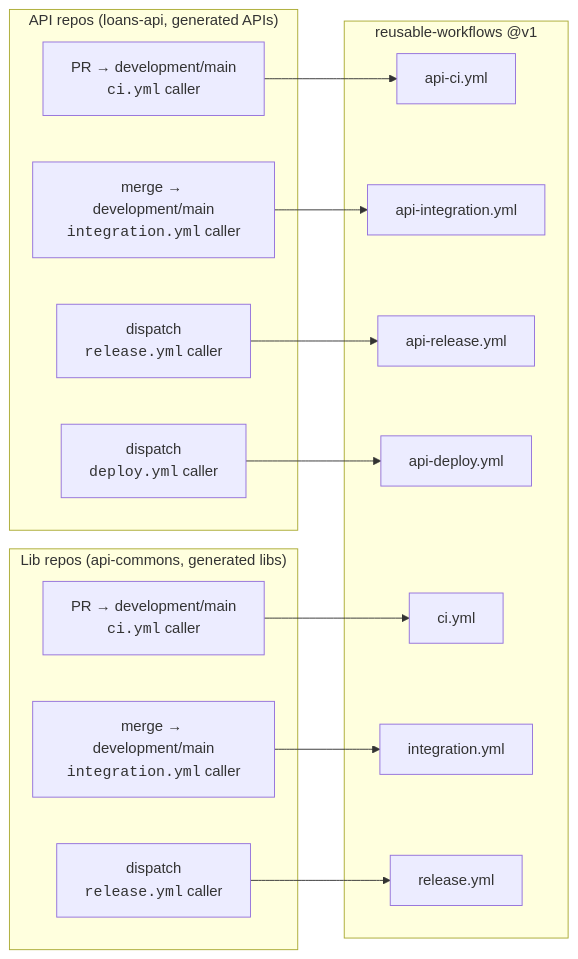
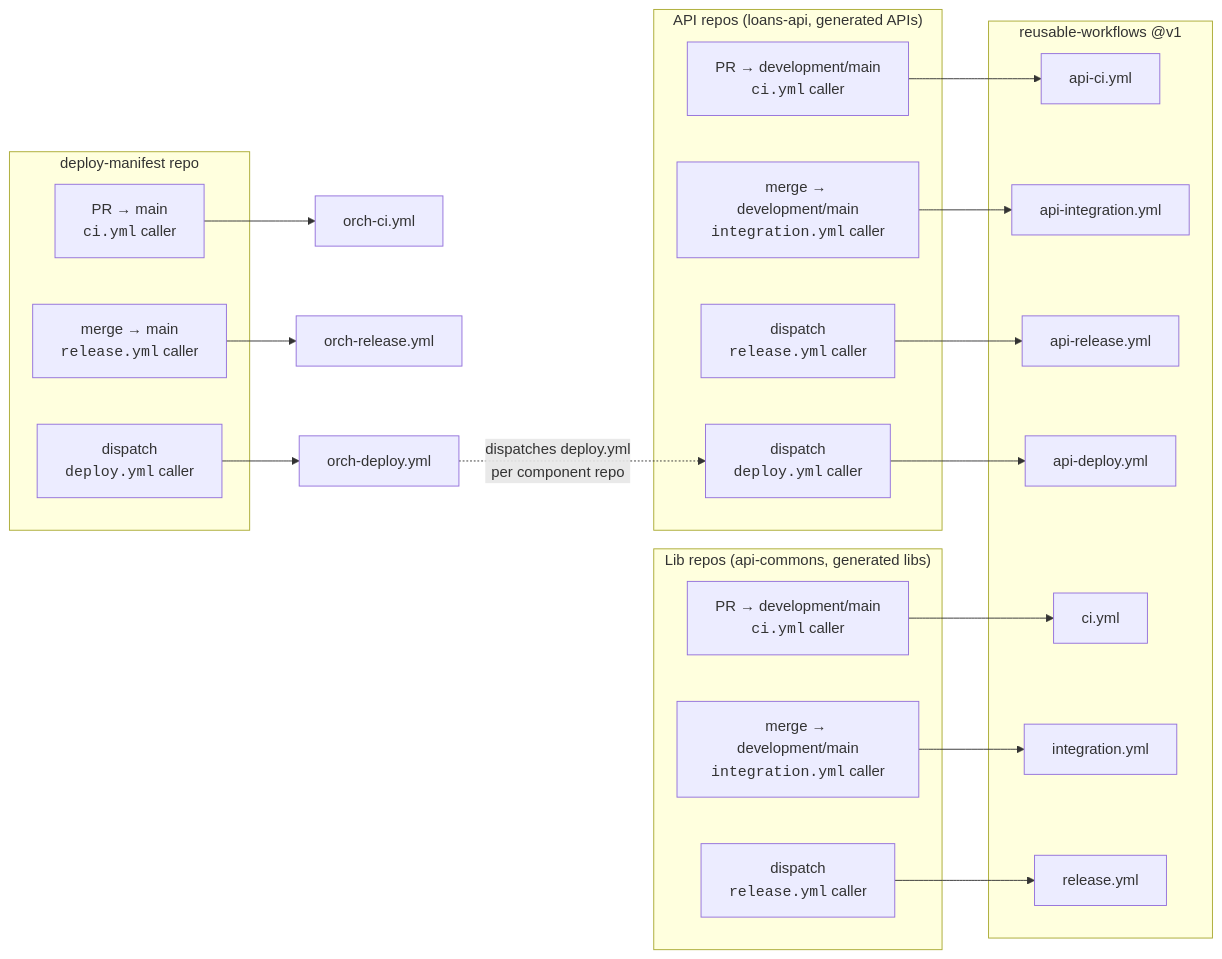
Before and after one commit to progmise/reusable-workflows: the first of 11 diagrams in docs/flows.md, drawn with Mermaid. The commit also changed other lines of this file and 2 other files, not shown here.

Commit message:
docs: orchestrator implemented — flows.md section, AGENTS inventory, status

````diff
--- a/docs/flows.md
+++ b/docs/flows.md
@@ -8,30 +8,42 @@
 ```mermaid
 flowchart LR
     subgraph API["API repos (loans-api, generated APIs)"]
         A_PR["PR → development/main<br/><code>ci.yml</code> caller"]
         A_PUSH["merge → development/main<br/><code>integration.yml</code> caller"]
         A_REL["dispatch<br/><code>release.yml</code> caller"]
         A_DEP["dispatch<br/><code>deploy.yml</code> caller"]
     end
     subgraph LIB["Lib repos (api-commons, generated libs)"]
         L_PR["PR → development/main<br/><code>ci.yml</code> caller"]
         L_PUSH["merge → development/main<br/><code>integration.yml</code> caller"]
         L_REL["dispatch<br/><code>release.yml</code> caller"]
     end
     subgraph RW["reusable-workflows @v1"]
         RW_ACI[api-ci.yml]
         RW_AIN[api-integration.yml]
         RW_ARE[api-release.yml]
         RW_ADE[api-deploy.yml]
         RW_CI[ci.yml]
         RW_IN[integration.yml]
         RW_RE[release.yml]
     end
     A_PR --> RW_ACI
     A_PUSH --> RW_AIN
     A_REL --> RW_ARE
     A_DEP --> RW_ADE
     L_PR --> RW_CI
     L_PUSH --> RW_IN
     L_REL --> RW_RE
+    subgraph MAN["deploy-manifest repo"]
+        M_PR["PR → main<br/><code>ci.yml</code> caller"]
+        M_PUSH["merge → main<br/><code>release.yml</code> caller"]
+        M_DEP["dispatch<br/><code>deploy.yml</code> caller"]
+    end
+    RW_OCI[orch-ci.yml]
+    RW_ORE[orch-release.yml]
+    RW_ODE[orch-deploy.yml]
+    M_PR --> RW_OCI
+    M_PUSH --> RW_ORE
+    M_DEP --> RW_ODE
+    RW_ODE -. "dispatches deploy.yml<br/>per component repo" .-> A_DEP
 ```
````
